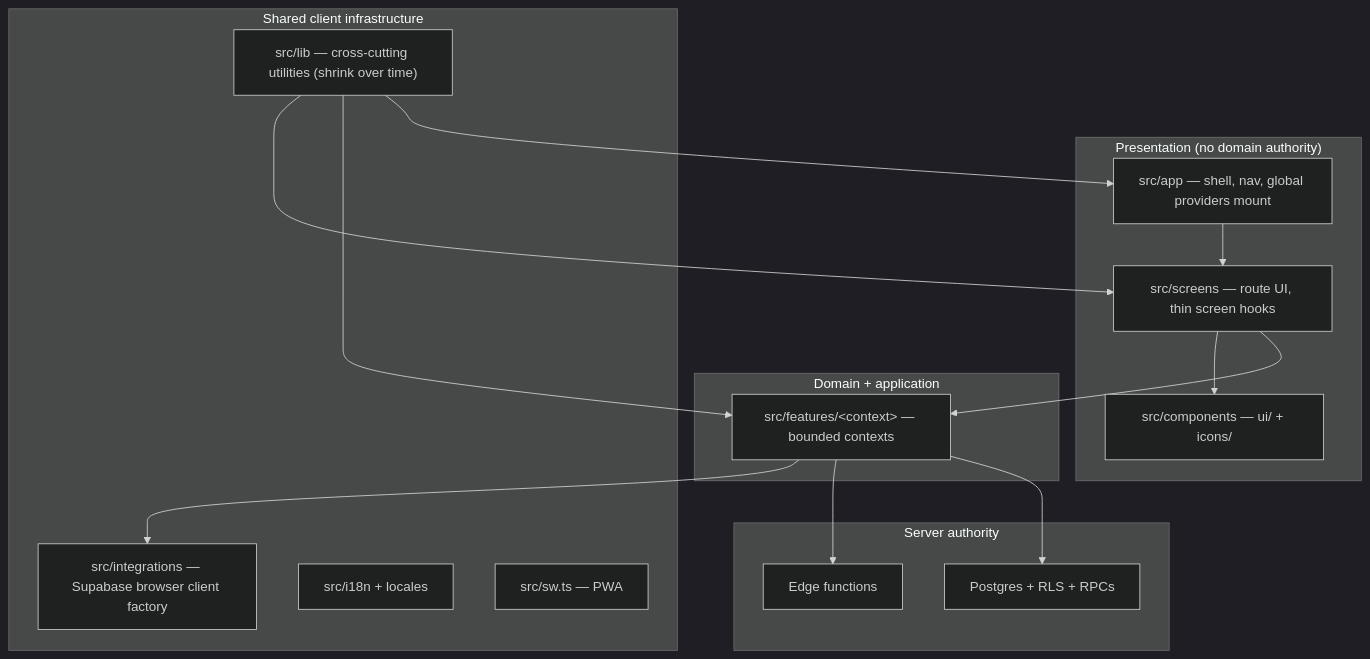
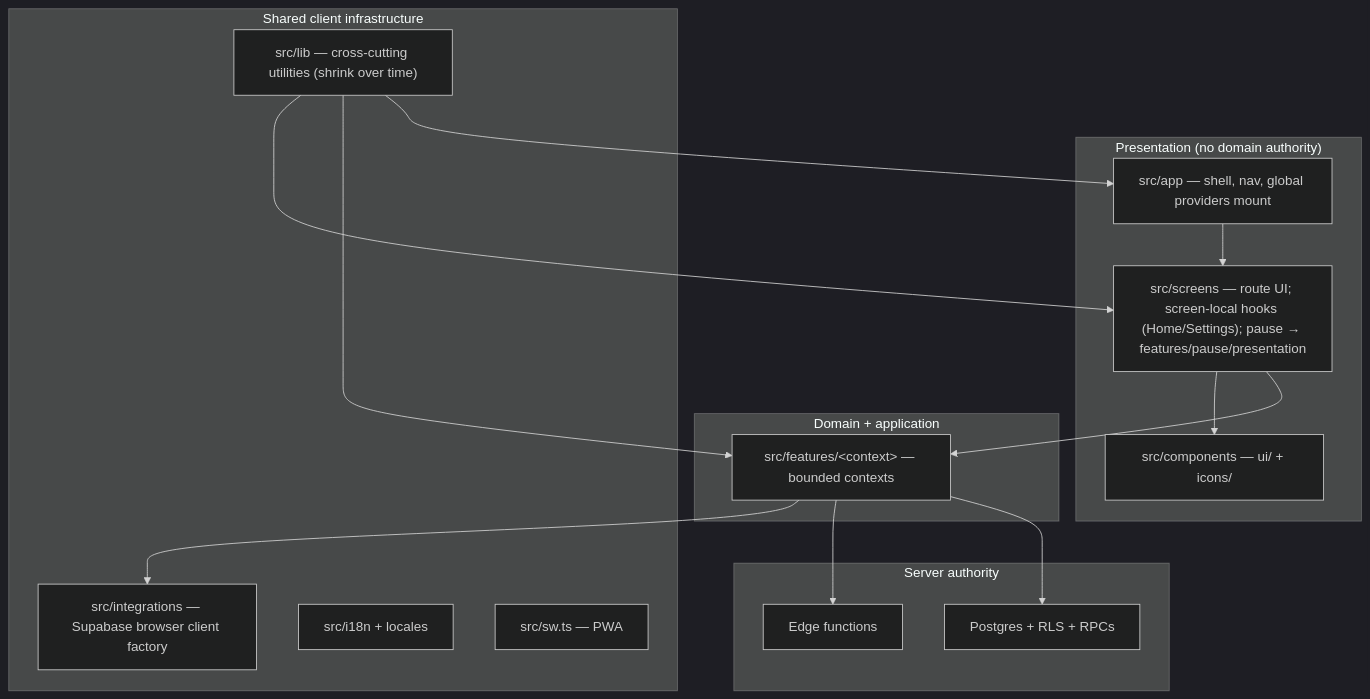
One commit to Angelguirao/holzen changed the diagram in docs/fundamentals/client-architecture-overview.md. Above: the diagram before and after it, drawn with Mermaid (dark theme). The commit also changed 8 other files, not shown here.

First line of the commit message:
docs(architecture): seventh-pass pre-Phase-A reconciliation

````diff
--- a/docs/fundamentals/client-architecture-overview.md
+++ b/docs/fundamentals/client-architecture-overview.md
@@ -13,34 +13,34 @@
 ```mermaid
 flowchart TB
   subgraph presentation["Presentation (no domain authority)"]
     App["src/app — shell, nav, global providers mount"]
-    Screens["src/screens — route UI, thin screen hooks"]
+    Screens["src/screens — route UI; screen-local hooks (Home/Settings); pause → features/pause/presentation"]
     Comp["src/components — ui/ + icons/"]
   end
 
   subgraph domain["Domain + application"]
     Features["src/features/&lt;context&gt; — bounded contexts"]
   end
 
   subgraph shared["Shared client infrastructure"]
     Lib["src/lib — cross-cutting utilities (shrink over time)"]
     Int["src/integrations — Supabase browser client factory"]
     I18n["src/i18n + locales"]
     SW["src/sw.ts — PWA"]
   end
 
   subgraph server["Server authority"]
     PG["Postgres + RLS + RPCs"]
     Edge["Edge functions"]
   end
 
   App --> Screens
   Screens --> Comp
   Screens --> Features
   Features --> Int
   Features --> Edge
   Features --> PG
   Lib --> Screens
   Lib --> Features
   Lib --> App
 ```
````
